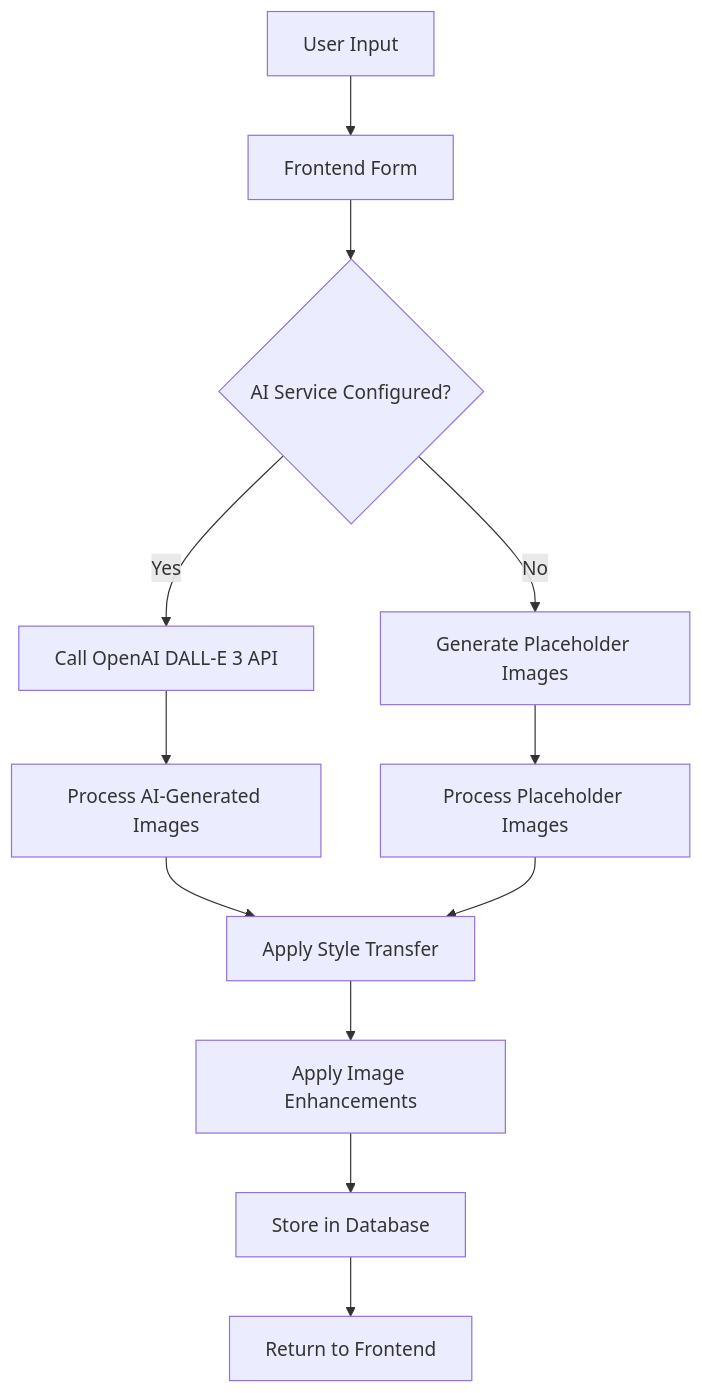
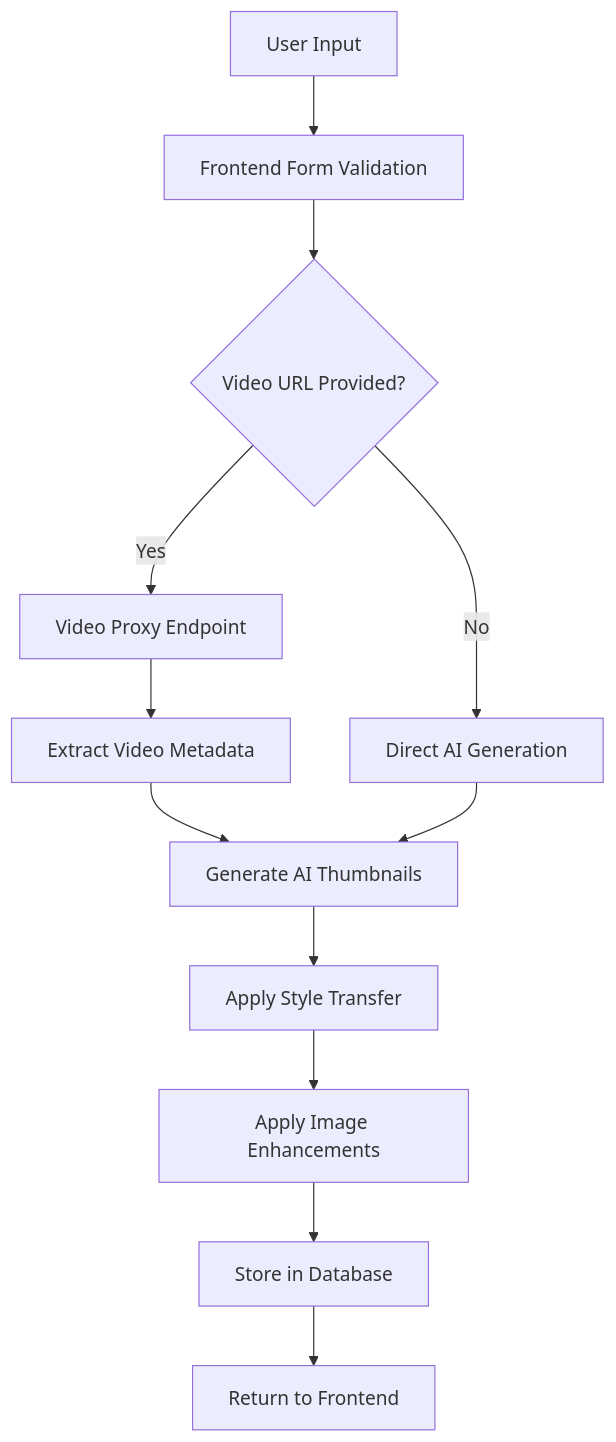
The first of 10 diagrams in .qoder/repowiki/en/content/AI & Image Processing/AI Thumbnail Generation Workflow.md (Brimstow/ThumPiks), drawn with Mermaid before and after one commit. The commit also changed other lines of this file and 900 other files, not shown here.

````diff
--- a/.qoder/repowiki/en/content/AI & Image Processing/AI Thumbnail Generation Workflow.md
+++ b/.qoder/repowiki/en/content/AI & Image Processing/AI Thumbnail Generation Workflow.md
@@ -38,14 +60,14 @@
 ```mermaid
 flowchart TD
-A[User Input] --> B[Frontend Form]
-B --> C{AI Service Configured?}
-C --> |Yes| D[Call OpenAI DALL-E 3 API]
-C --> |No| E[Generate Placeholder Images]
-D --> F[Process AI-Generated Images]
-E --> G[Process Placeholder Images]
-F --> H[Apply Style Transfer]
-G --> H
+A[User Input] --> B[Frontend Form Validation]
+B --> C{Video URL Provided?}
+C --> |Yes| D[Video Proxy Endpoint]
+C --> |No| E[Direct AI Generation]
+D --> F[Extract Video Metadata]
+F --> G[Generate AI Thumbnails]
+E --> G
+G --> H[Apply Style Transfer]
 H --> I[Apply Image Enhancements]
 I --> J[Store in Database]
 J --> K[Return to Frontend]
 ```
````
